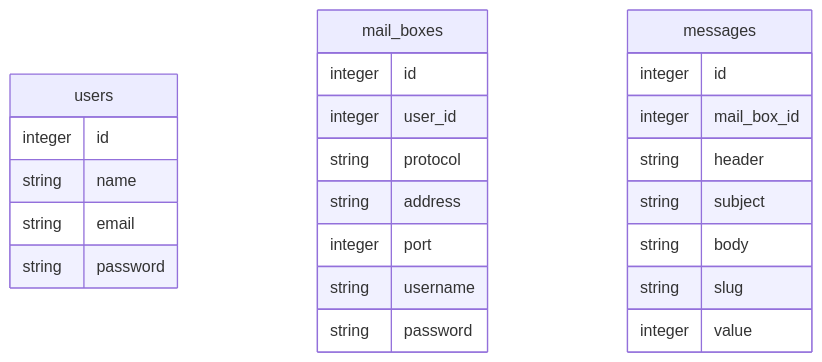
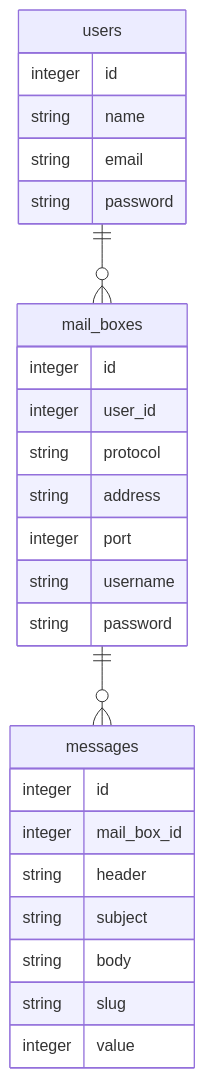
One commit to kurohara/pseudomailbin changed the diagram in README.md. Above: the diagram before and after it, drawn with Mermaid. The commit also changed other lines of this file and 9 other files, not shown here.

````diff
--- a/README.md
+++ b/README.md
@@ -8,30 +15,32 @@
 ```mermaid
 erDiagram
+users ||--o{ mail_boxes: ""
+mail_boxes ||--o{ messages: ""
 
 users {
     integer id
     string name
     string email
     string password
 }
 
 mail_boxes {
     integer id
     integer user_id
     string protocol
     string address
     integer port
     string username
     string password
 }
 
 messages {
     integer id
     integer mail_box_id
     string header
     string subject
     string body
     string slug
     integer value
 }
 ```
````
